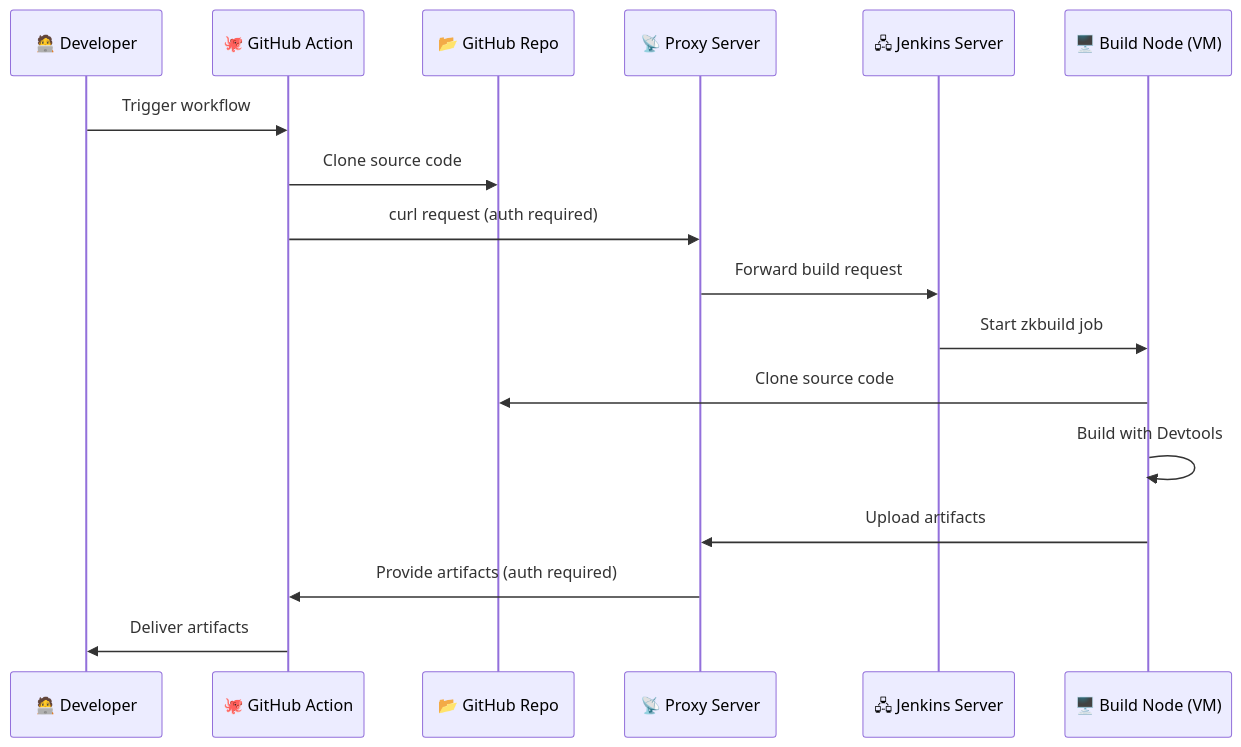
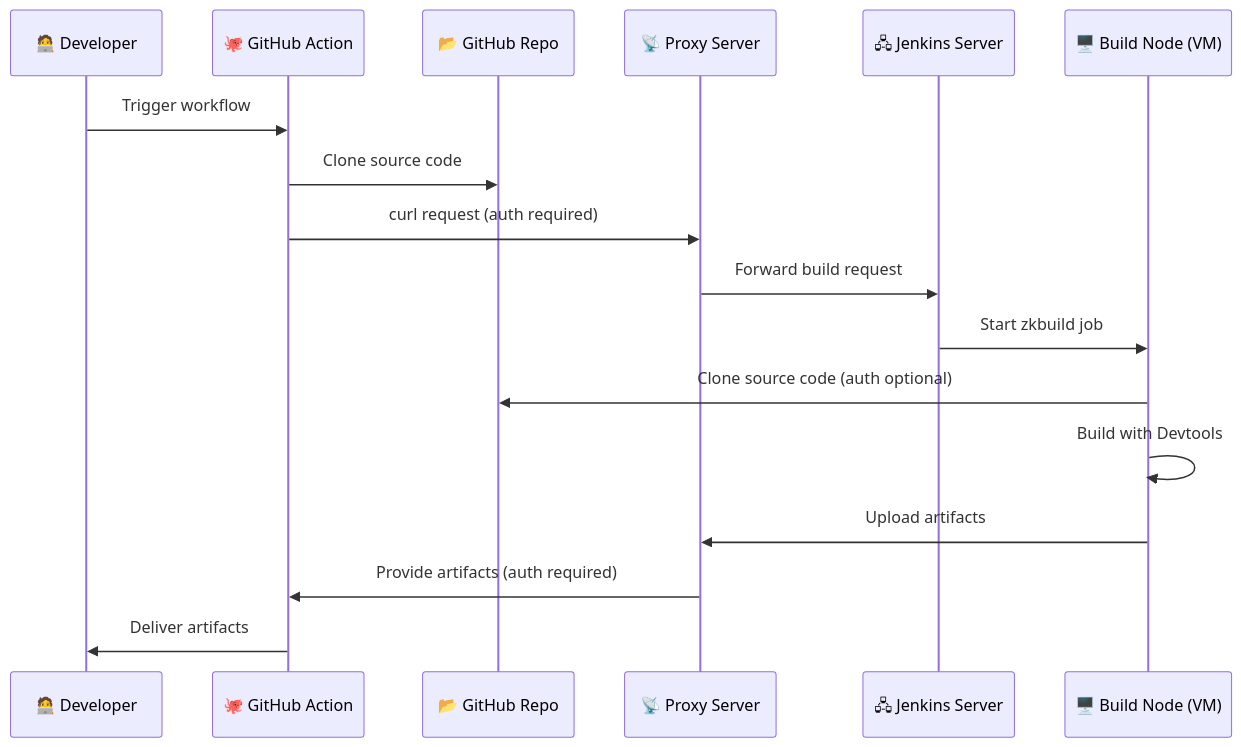
The diagram in sequence-diagram.mermaid (Zeugwerk/Demo-Twincat-Application-CI), drawn with Mermaid before and after one commit.

```diff
--- a/sequence-diagram.mermaid
+++ b/sequence-diagram.mermaid
@@ -1,18 +1,18 @@
 sequenceDiagram
     participant U as 🧑‍💻 Developer
     participant GH as 🐙 GitHub Action
     participant R as 📂 GitHub Repo
     participant PS as 📡 Proxy Server
     participant J as 🖧 Jenkins Server
     participant BN as 🖥️ Build Node (VM)
 
     U->>GH: Trigger workflow
     GH->>R: Clone source code
     GH->>PS: curl request (auth required)
     PS->>J: Forward build request
     J->>BN: Start zkbuild job
-    BN->>R: Clone source code
+    BN->>R: Clone source code (auth optional)
     BN->>BN: Build with Devtools
     BN->>PS: Upload artifacts
     PS->>GH: Provide artifacts (auth required)
     GH->>U: Deliver artifacts
```
